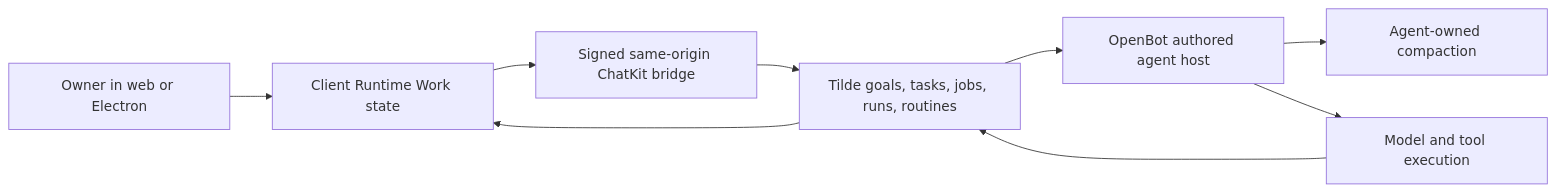
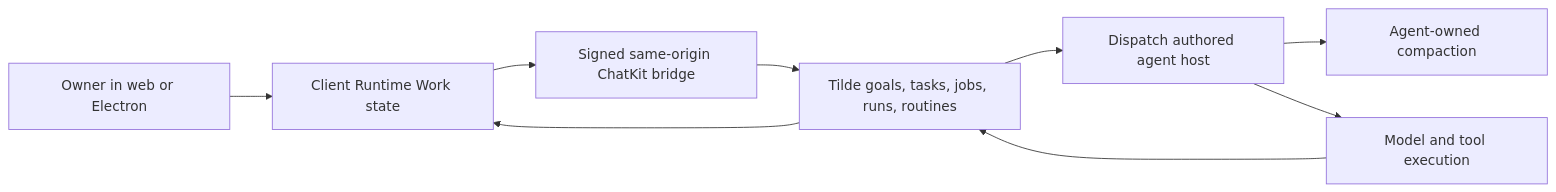
The diagram in docs/updates/125.md (trytilde/dispatch), drawn with Mermaid before and after one commit. The commit also changed other lines of this file and 668 other files, not shown here.

````diff
--- a/docs/updates/125.md
+++ b/docs/updates/125.md
@@ -11,11 +11,11 @@
 ```mermaid
 flowchart LR
   U["Owner in web or Electron"] --> R["Client Runtime Work state"]
   R --> T["Signed same-origin ChatKit bridge"]
   T --> D["Tilde goals, tasks, jobs, runs, routines"]
-  D --> H["OpenBot authored agent host"]
+  D --> H["Dispatch authored agent host"]
   H --> C["Agent-owned compaction"]
   H --> M["Model and tool execution"]
   M --> D
   D --> R
 ```
````
